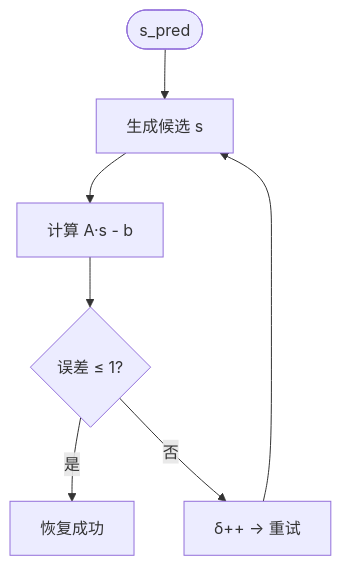
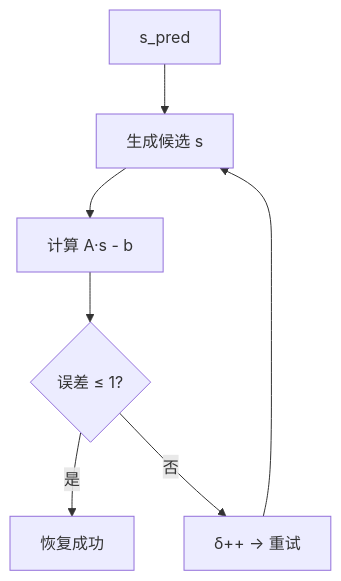
Before and after one commit to LiaoZiqi-GZFLS/Rust-LWE-project: the second of 2 diagrams in writeup.md, drawn with Mermaid. The commit also changed 1 other file, not shown here.

````diff
--- a/writeup.md
+++ b/writeup.md
@@ -105,9 +105,9 @@
 ```mermaid
 graph TD
-    Start(["s_pred"]) --> Gen["生成候选 s"]
+    Start["s_pred"] --> Gen["生成候选 s"]
     Gen --> Diff["计算 A·s - b"]
     Diff --> Check{"误差 ≤ 1?"}
     Check -->|"是"| Done["恢复成功"]
     Check -->|"否"| Next["δ++ → 重试"]
     Next --> Gen
 ```
````
